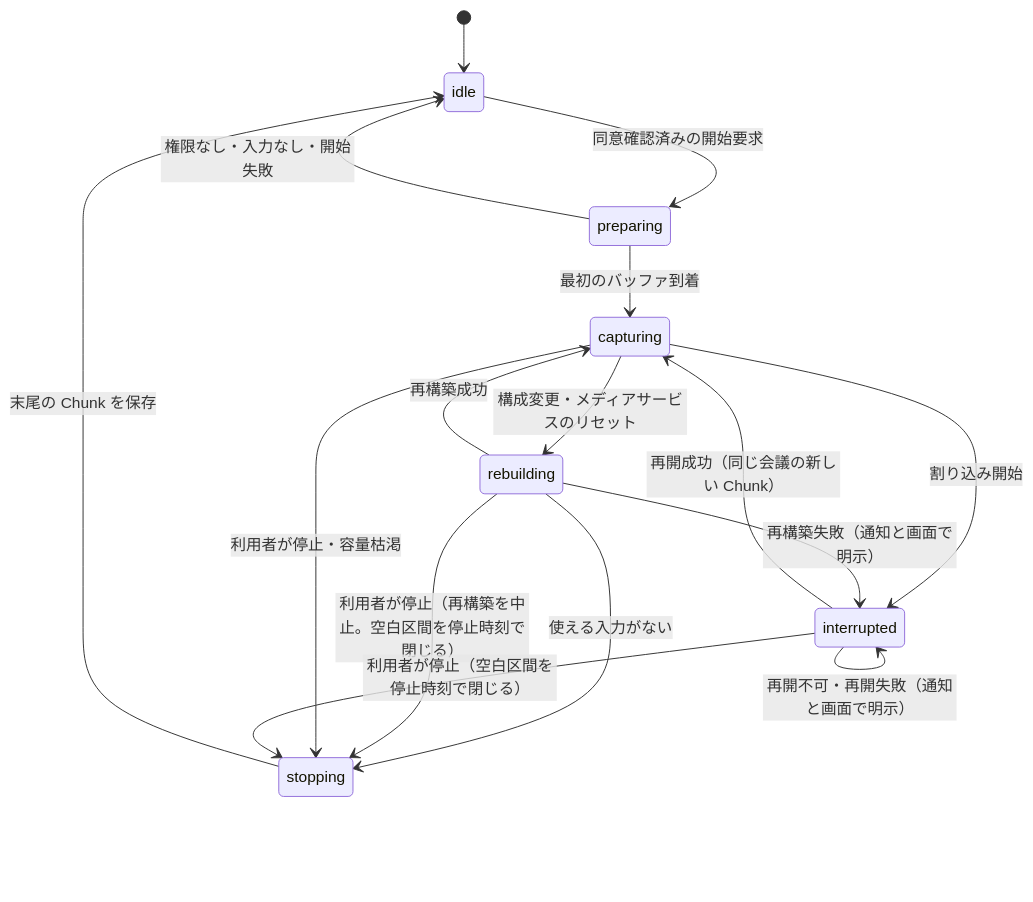
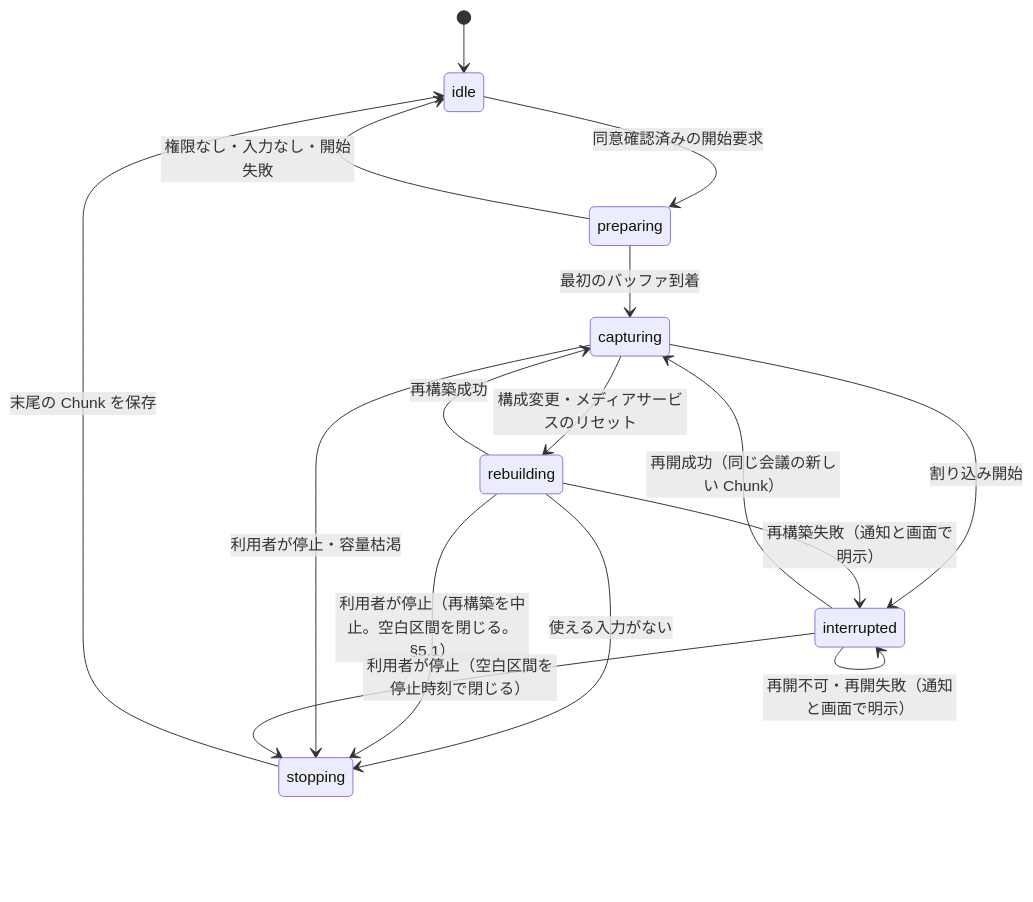
Before and after one commit to myoshi2891/Minutes-Mobile: the second of 2 diagrams in docs/02-basic-design/recording.md, drawn with Mermaid. The commit also changed other lines of this file and 1 other file, not shown here.

````diff
--- a/docs/02-basic-design/recording.md
+++ b/docs/02-basic-design/recording.md
@@ -109,18 +109,18 @@
 ```mermaid
 stateDiagram-v2
     [*] --> idle
     idle --> preparing: 同意確認済みの開始要求
     preparing --> capturing: 最初のバッファ到着
     preparing --> idle: 権限なし・入力なし・開始失敗
     capturing --> interrupted: 割り込み開始
     interrupted --> capturing: 再開成功（同じ会議の新しい Chunk）
     interrupted --> interrupted: 再開不可・再開失敗（通知と画面で明示）
     capturing --> rebuilding: 構成変更・メディアサービスのリセット
     rebuilding --> capturing: 再構築成功
     rebuilding --> interrupted: 再構築失敗（通知と画面で明示）
     rebuilding --> stopping: 使える入力がない
-    rebuilding --> stopping: 利用者が停止（再構築を中止。空白区間を停止時刻で閉じる）
+    rebuilding --> stopping: 利用者が停止（再構築を中止。空白区間を閉じる。§5.1）
     capturing --> stopping: 利用者が停止・容量枯渇
     interrupted --> stopping: 利用者が停止（空白区間を停止時刻で閉じる）
     stopping --> idle: 末尾の Chunk を保存
 ```
````
